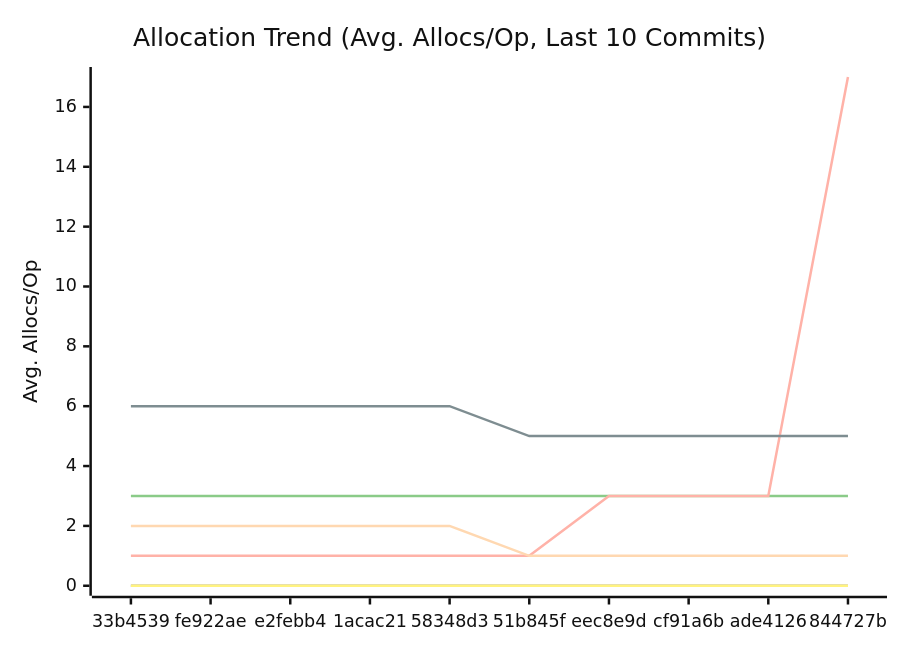
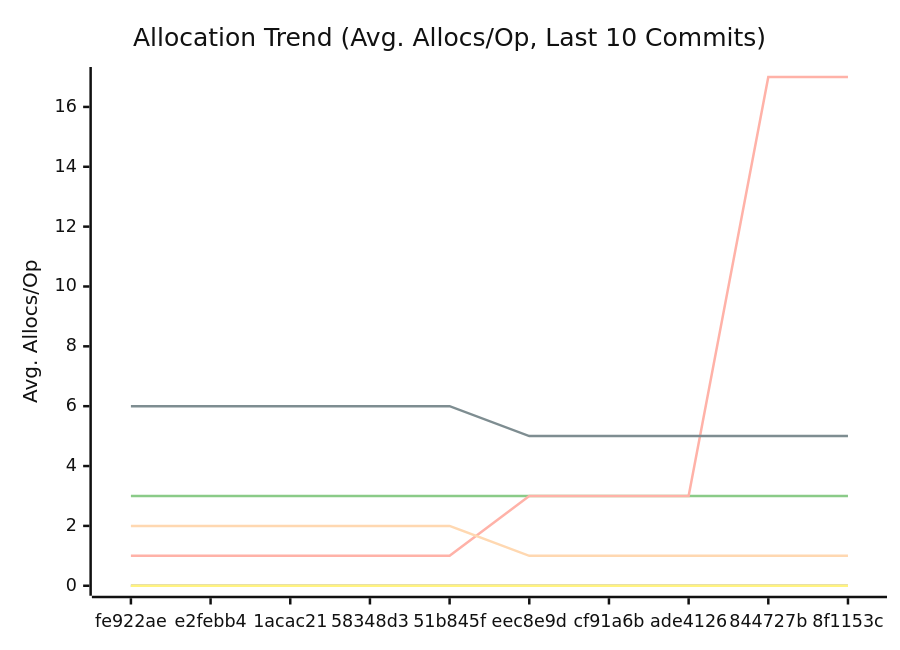
One commit to alsotoes/momo changed the third of 3 diagrams in docs/PERFORMANCE.md. Above: the diagram before and after it, drawn with Mermaid (neutral theme). The commit also changed other lines of this file and 2 other files, not shown here.

````diff
--- a/docs/PERFORMANCE.md
+++ b/docs/PERFORMANCE.md
@@ -116,16 +114,16 @@
 ```mermaid
 xychart-beta
     title "Allocation Trend (Avg. Allocs/Op, Last 10 Commits)"
     x-axis "Commit"
     y-axis "Avg. Allocs/Op"
-    x-axis [33b4539,fe922ae,e2febb4,1acac21,58348d3,51b845f,eec8e9d,cf91a6b,ade4126,844727b]
+    x-axis [fe922ae,e2febb4,1acac21,58348d3,51b845f,eec8e9d,cf91a6b,ade4126,844727b,8f1153c]
     line "CheckMetricsAndSwap" [0,0,0,0,0,0,0,0,0,0]
     line "CrushOptimized" [0,0,0,0,0,0,0,0,0,0]
     line "CrushOriginal" [3,3,3,3,3,3,3,3,3,3]
     line "IndexDirectTracking" [0,0,0,0,0,0,0,0,0,0]
     line "IndexSearch" [0,0,0,0,0,0,0,0,0,0]
-    line "LoadGlobalConfig" [1,1,1,1,1,1,3,3,3,17]
+    line "LoadGlobalConfig" [1,1,1,1,1,3,3,3,17,17]
     line "PadString" [0,0,0,0,0,0,0,0,0,0]
     line "ParseReplicationOrder_NoPrealloc" [6,6,6,6,6,5,5,5,5,5]
     line "ParseReplicationOrder_Prealloc" [2,2,2,2,2,1,1,1,1,1]
 ```
````
